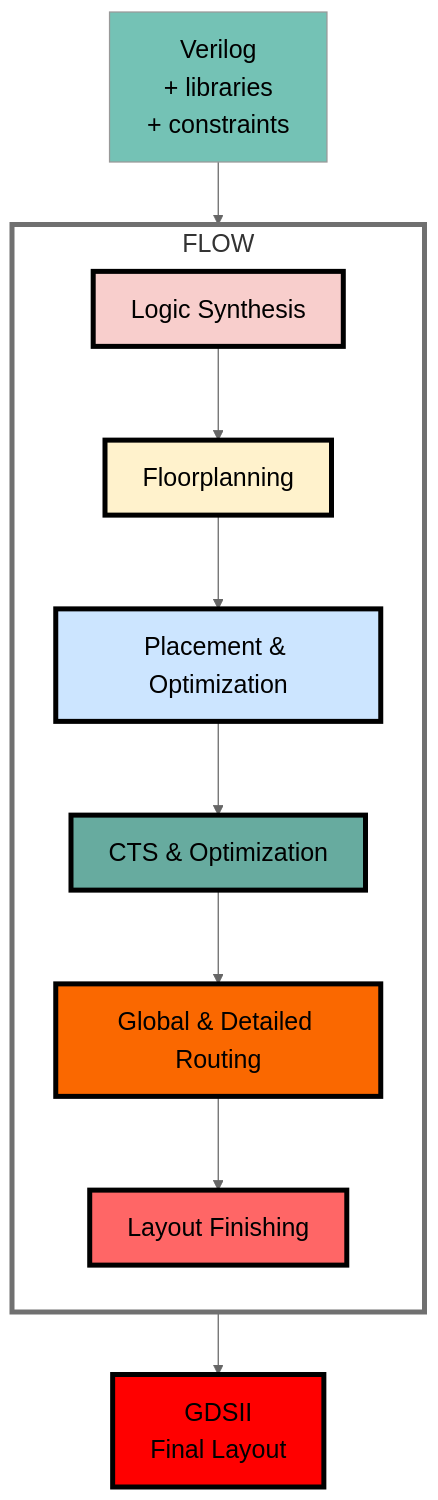
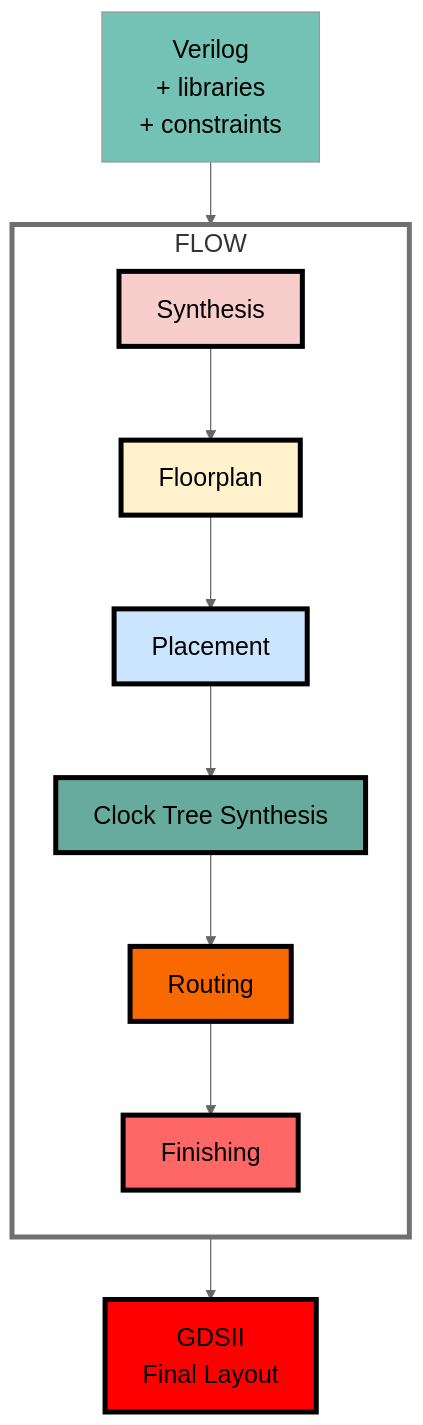
Before and after one commit to The-OpenROAD-Project/OpenROAD: the first of 2 diagrams in README.md, drawn with Mermaid. The commit also changed other lines of this file, not shown here.

Commit message:
update latest mermaid

````diff
--- a/README.md
+++ b/README.md
@@ -15,35 +15,36 @@
 ```mermaid
 %%{
   init: {
     'theme': 'neutral',
     'themeVariables': {
       'textColor': '#000000',
       'noteTextColor' : '#000000',
       'fontSize': '20px'
     }
   }
 }%%
+
 flowchart TB
     A[Verilog\n+ libraries\n + constraints] --> FLOW
     style A fill:#74c2b5
     subgraph FLOW
     style FLOW fill:#FFFFFF00,stroke-width:4px
 
     direction TB
-        B[Logic Synthesis]
-        B --> C[Floorplanning] 
-        C --> D[Placement & Optimization]
-        D --> E[CTS & Optimization]
-        E --> F[Global & Detailed Routing]
-        F --> G[Layout Finishing]
+        B[Synthesis]
+        B --> C[Floorplan] 
+        C --> D[Placement]
+        D --> E[Clock Tree Synthesis]
+        E --> F[Routing]
+        F --> G[Finishing]
         style B fill:#f8cecc,stroke:#000000,stroke-width:4px
         style C fill:#fff2cc,stroke:#000000,stroke-width:4px
         style D fill:#cce5ff,stroke:#000000,stroke-width:4px
         style E fill:#67ab9f,stroke:#000000,stroke-width:4px
         style F fill:#fa6800,stroke:#000000,stroke-width:4px
         style G fill:#ff6666,stroke:#000000,stroke-width:4px
     end
 
     FLOW --> H[GDSII\n Final Layout]
     style H fill:#ff0000,stroke:#000000,stroke-width:4px
 ```
````
